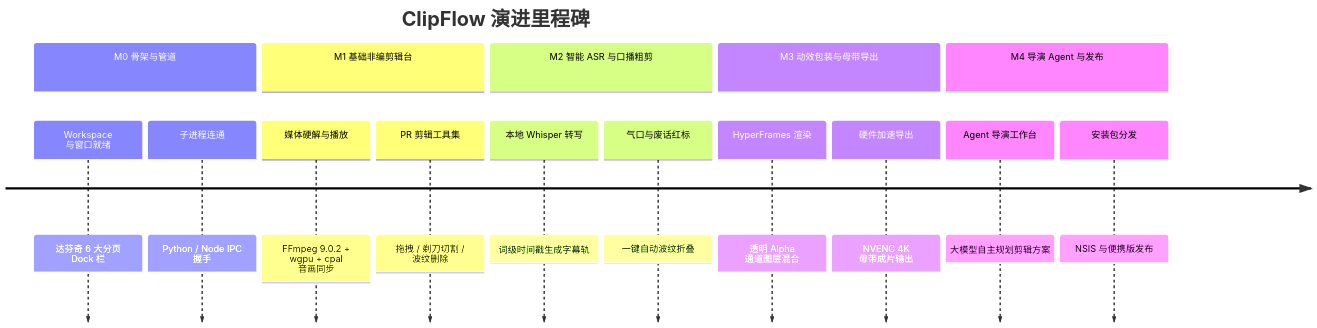
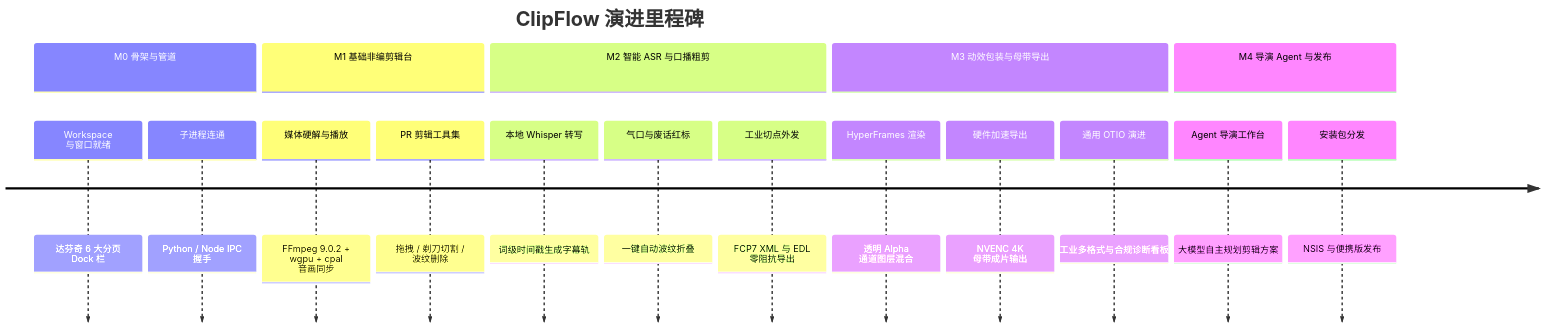
One commit to qiuku2022/ClipFlow changed the second of 2 diagrams in docs/codebase-and-roadmap.md. Above: the diagram before and after it, drawn with Mermaid. The commit also changed other lines of this file and 4 other files, not shown here.

````diff
--- a/docs/codebase-and-roadmap.md
+++ b/docs/codebase-and-roadmap.md
@@ -90,19 +90,21 @@
 ```mermaid
 timeline
     title ClipFlow 演进里程碑
     section M0 骨架与管道
         Workspace 与窗口就绪 : 达芬奇 6 大分页 Dock 栏
         子进程连通 : Python / Node IPC 握手
     section M1 基础非编剪辑台
         媒体硬解与播放 : FFmpeg 9.0.2 + wgpu + cpal 音画同步
         PR 剪辑工具集 : 拖拽 / 剃刀切割 / 波纹删除
     section M2 智能 ASR 与口播粗剪
         本地 Whisper 转写 : 词级时间戳生成字幕轨
         气口与废话红标 : 一键自动波纹折叠
+        工业切点外发 : FCP7 XML 与 EDL 零阻抗导出
     section M3 动效包装与母带导出
         HyperFrames 渲染 : 透明 Alpha 通道图层混合
         硬件加速导出 : NVENC 4K 母带成片输出
+        通用 OTIO 演进 : 工业多格式与合规诊断看板
     section M4 导演 Agent 与发布
         Agent 导演工作台 : 大模型自主规划剪辑方案
         安装包分发 : NSIS 与便携版发布
 ```
````
